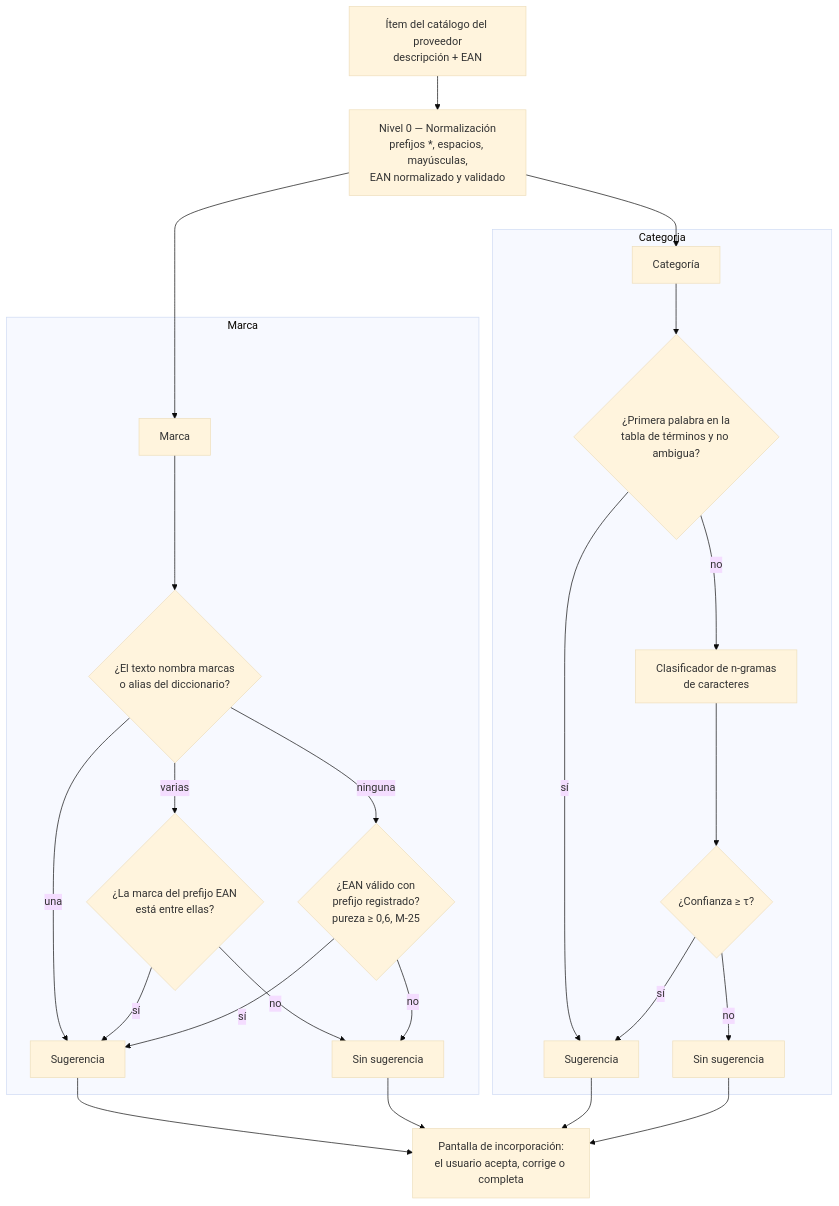
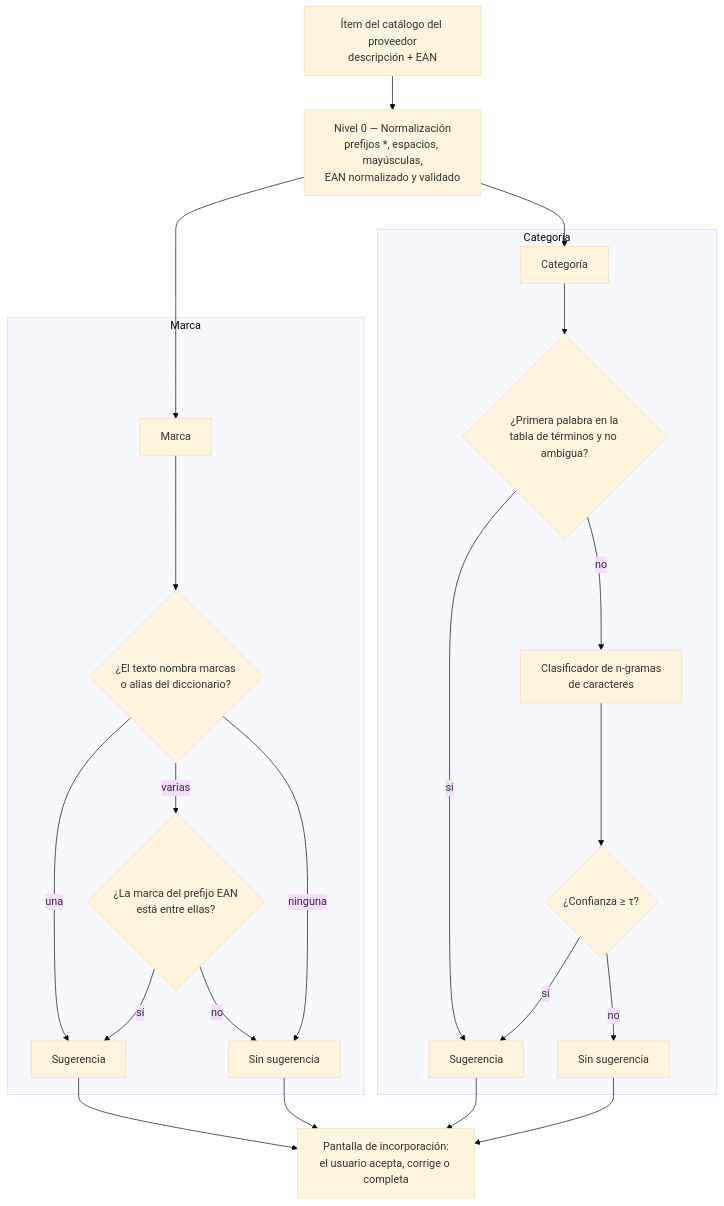
One commit to lucaskruzolek/retail changed the first of 3 diagrams in docs/roadmap/etapa-6-track-6.6-catalogacion-inteligente.md. Above: the diagram before and after it, drawn with Mermaid (base theme). The commit also changed other lines of this file and 64 other files, not shown here.

````diff
--- a/docs/roadmap/etapa-6-track-6.6-catalogacion-inteligente.md
+++ b/docs/roadmap/etapa-6-track-6.6-catalogacion-inteligente.md
@@ -78,31 +78,29 @@
 ```mermaid
 flowchart TD
     E[Ítem del catálogo del proveedor<br/>descripción + EAN] --> N0[Nivel 0 — Normalización<br/>prefijos *, espacios, mayúsculas,<br/>EAN normalizado y validado]
     N0 --> MA[Marca]
     N0 --> CA[Categoría]
 
     subgraph Marca
         MA --> M1{¿El texto nombra marcas<br/>o alias del diccionario?}
         M1 -- una --> MOK[Sugerencia]
         M1 -- varias --> M2{¿La marca del prefijo EAN<br/>está entre ellas?}
         M2 -- sí --> MOK
         M2 -- no --> MSM[Sin sugerencia]
-        M1 -- ninguna --> M3{¿EAN válido con<br/>prefijo registrado?<br/>pureza ≥ 0,6, M-25}
-        M3 -- sí --> MOK
-        M3 -- no --> MSM
+        M1 -- ninguna --> MSM
     end
 
     subgraph Categoria
         CA --> C1{¿Primera palabra en la<br/>tabla de términos y no ambigua?}
         C1 -- sí --> COK[Sugerencia]
         C1 -- no --> C2[Clasificador de n-gramas<br/>de caracteres]
         C2 --> C3{¿Confianza ≥ τ?}
         C3 -- sí --> COK
         C3 -- no --> CSM[Sin sugerencia]
     end
 
     MOK --> R[Pantalla de incorporación:<br/>el usuario acepta, corrige o completa]
     MSM --> R
     COK --> R
     CSM --> R
 ```
````
